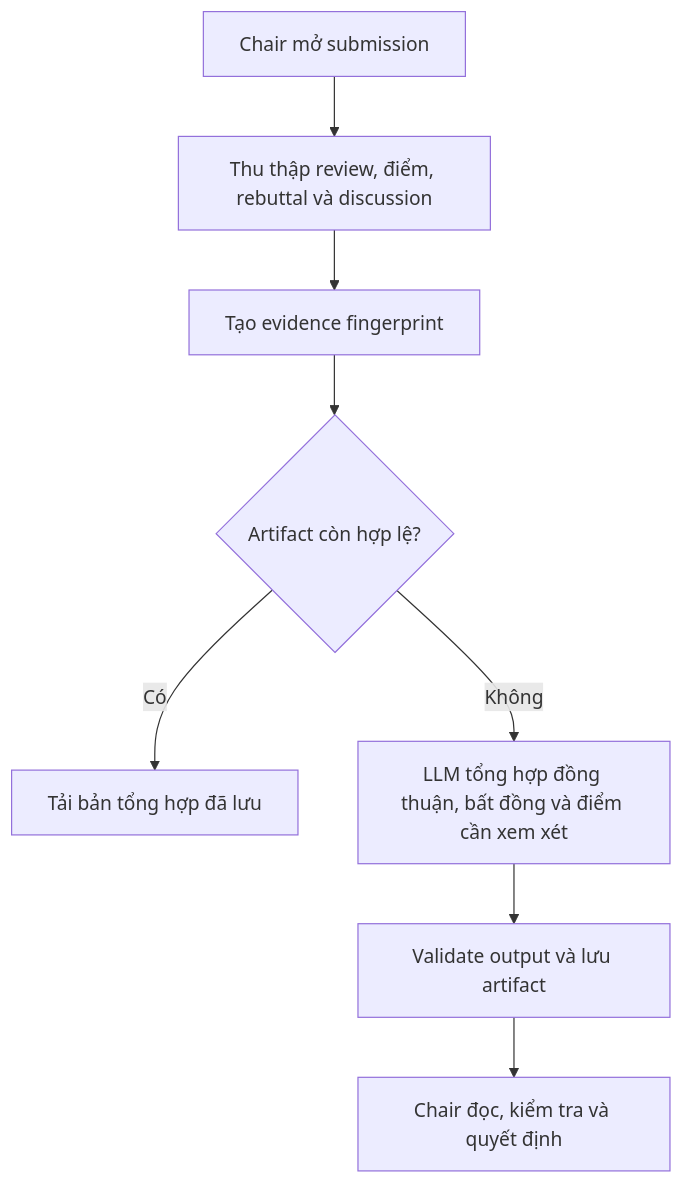
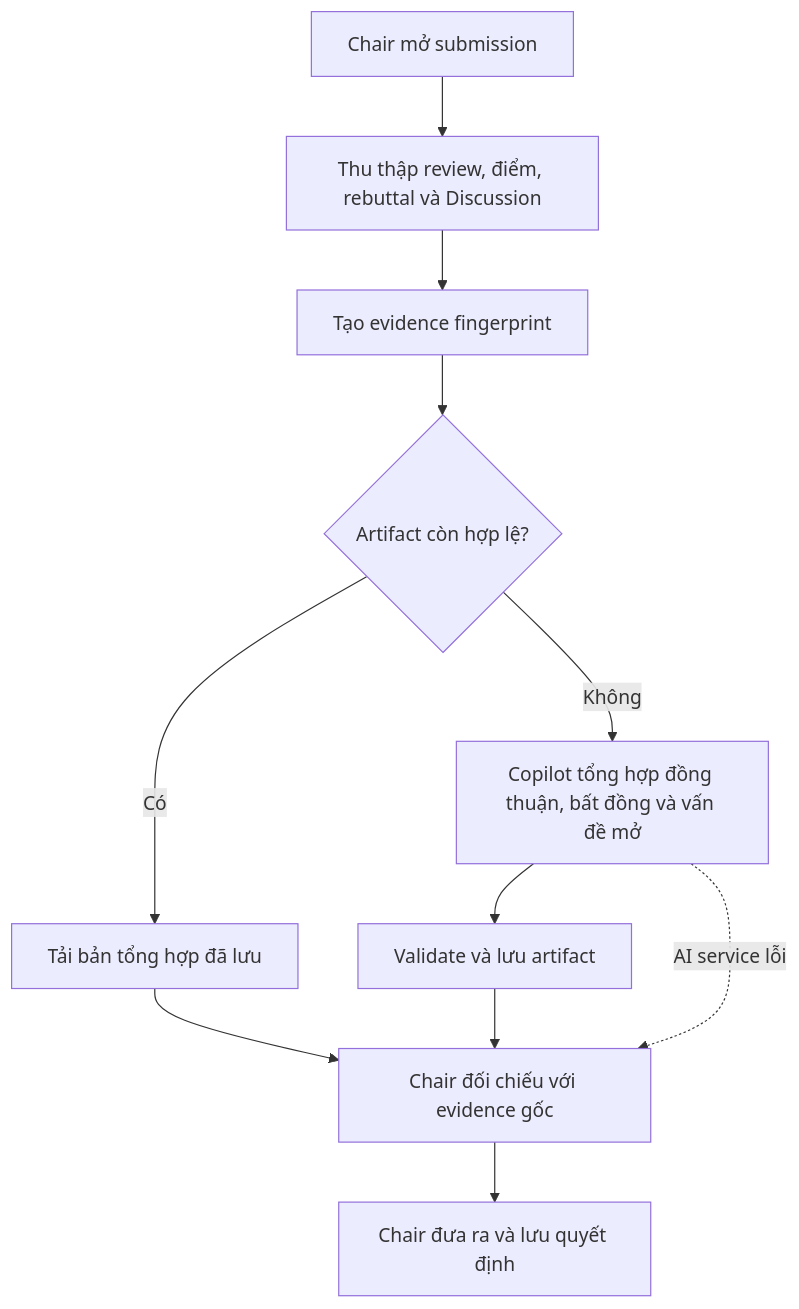
Before and after one commit to 5CLCsCan/ConferenceSpace: diagram 12 of 33 in docs/report/compiled/final_combined/03-xay-dung-he-thong.md, drawn with Mermaid. The commit also changed other lines of this file, not shown here.

````diff
--- a/docs/report/compiled/final_combined/03-xay-dung-he-thong.md
+++ b/docs/report/compiled/final_combined/03-xay-dung-he-thong.md
@@ -223,10 +600,13 @@
 ```mermaid
 flowchart TD
-    A["Chair mở submission"] --> B["Thu thập review, điểm, rebuttal và discussion"]
+    A["Chair mở submission"] --> B["Thu thập review, điểm, rebuttal và Discussion"]
     B --> C["Tạo evidence fingerprint"]
     C --> D{"Artifact còn hợp lệ?"}
     D -- "Có" --> E["Tải bản tổng hợp đã lưu"]
-    D -- "Không" --> F["LLM tổng hợp đồng thuận, bất đồng và điểm cần xem xét"]
-    F --> G["Validate output và lưu artifact"]
-    G --> H["Chair đọc, kiểm tra và quyết định"]
+    D -- "Không" --> F["Copilot tổng hợp đồng thuận, bất đồng và vấn đề mở"]
+    F --> G["Validate và lưu artifact"]
+    E --> H["Chair đối chiếu với evidence gốc"]
+    G --> H
+    F -.->|"AI service lỗi"| H
+    H --> I["Chair đưa ra và lưu quyết định"]
 ```
````
